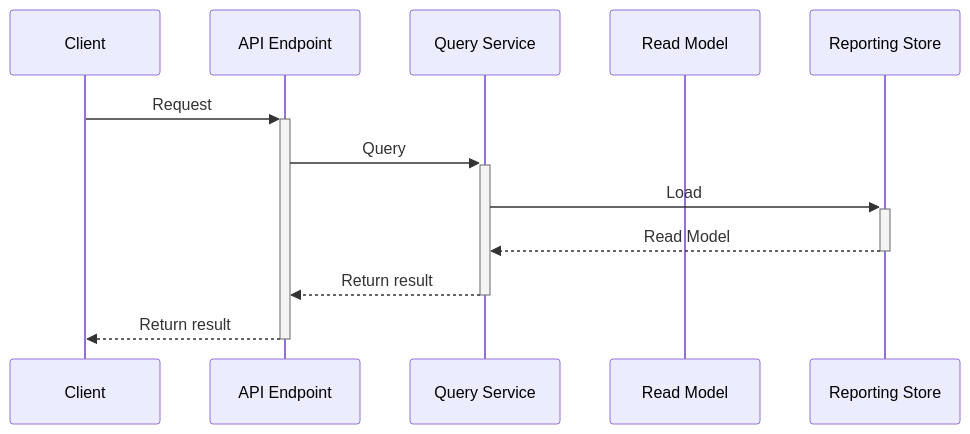
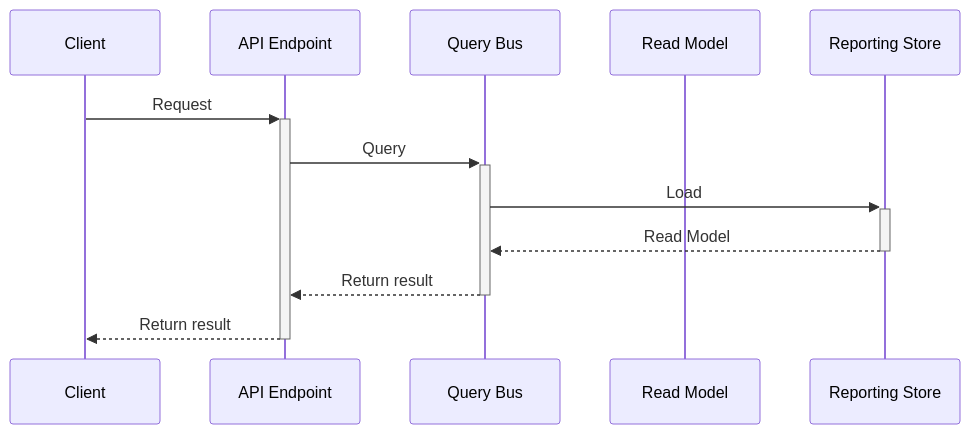
The diagram in topics/patterns/cqrs/queries.md (RCommon-Team/rcommon-docs), drawn with Mermaid before and after one commit. The commit also changed other lines of this file and 11 other files, not shown here.

````diff
--- a/topics/patterns/cqrs/queries.md
+++ b/topics/patterns/cqrs/queries.md
@@ -9,15 +11,15 @@
 ```mermaid
 sequenceDiagram
     participant Client
     participant API Endpoint
-    participant Query Service
+    participant Query Bus
     participant Read Model
     participant Reporting Store
 
     Client->>+API Endpoint: Request
-    API Endpoint->>+Query Service: Query
-    Query Service->>+Reporting Store: Load
-    Reporting Store-->>-Query Service: Read Model
-    Query Service-->>-API Endpoint: Return result
+    API Endpoint->>+Query Bus: Query
+    Query Bus->>+Reporting Store: Load
+    Reporting Store-->>-Query Bus: Read Model
+    Query Bus-->>-API Endpoint: Return result
     API Endpoint-->>-Client: Return result
 ```
````
